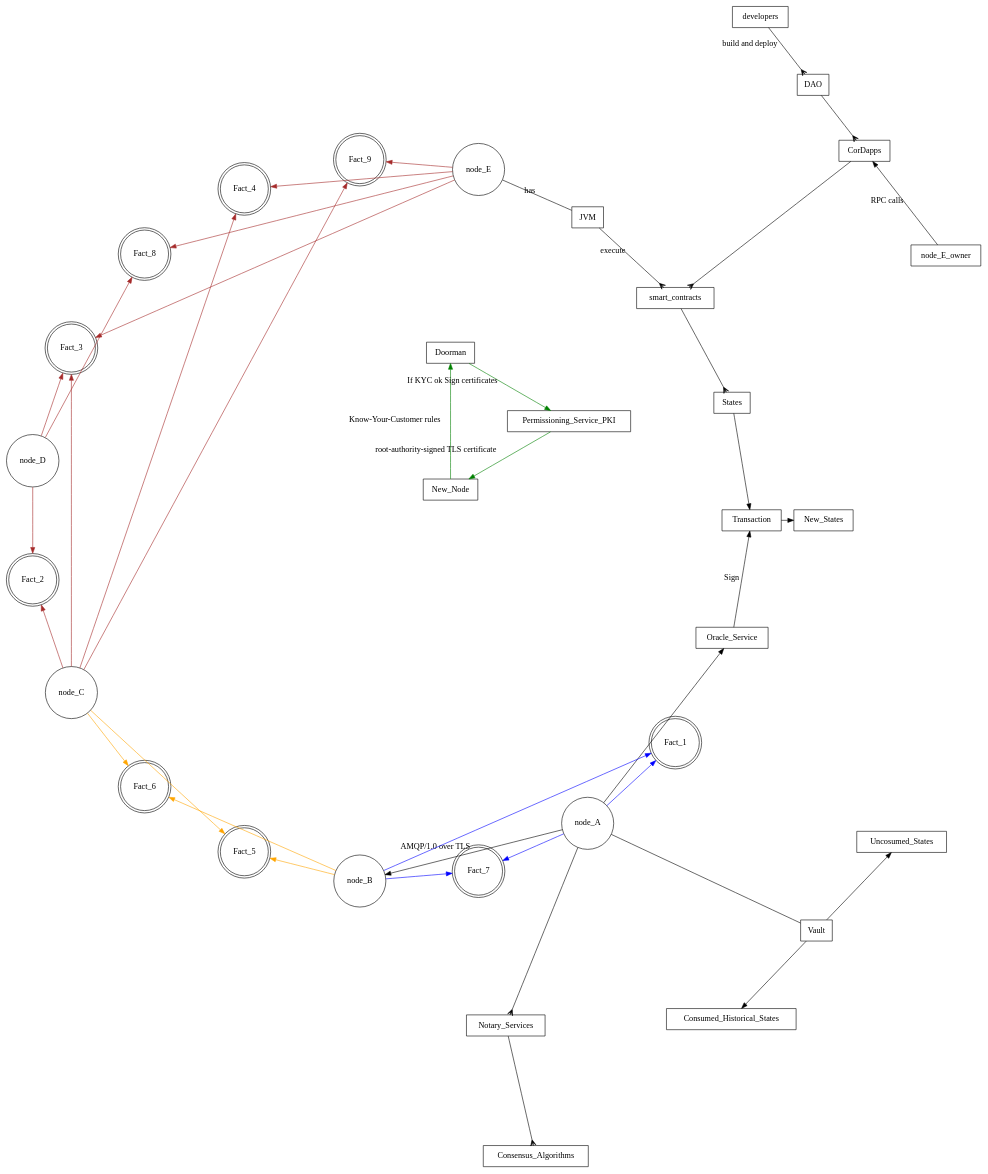
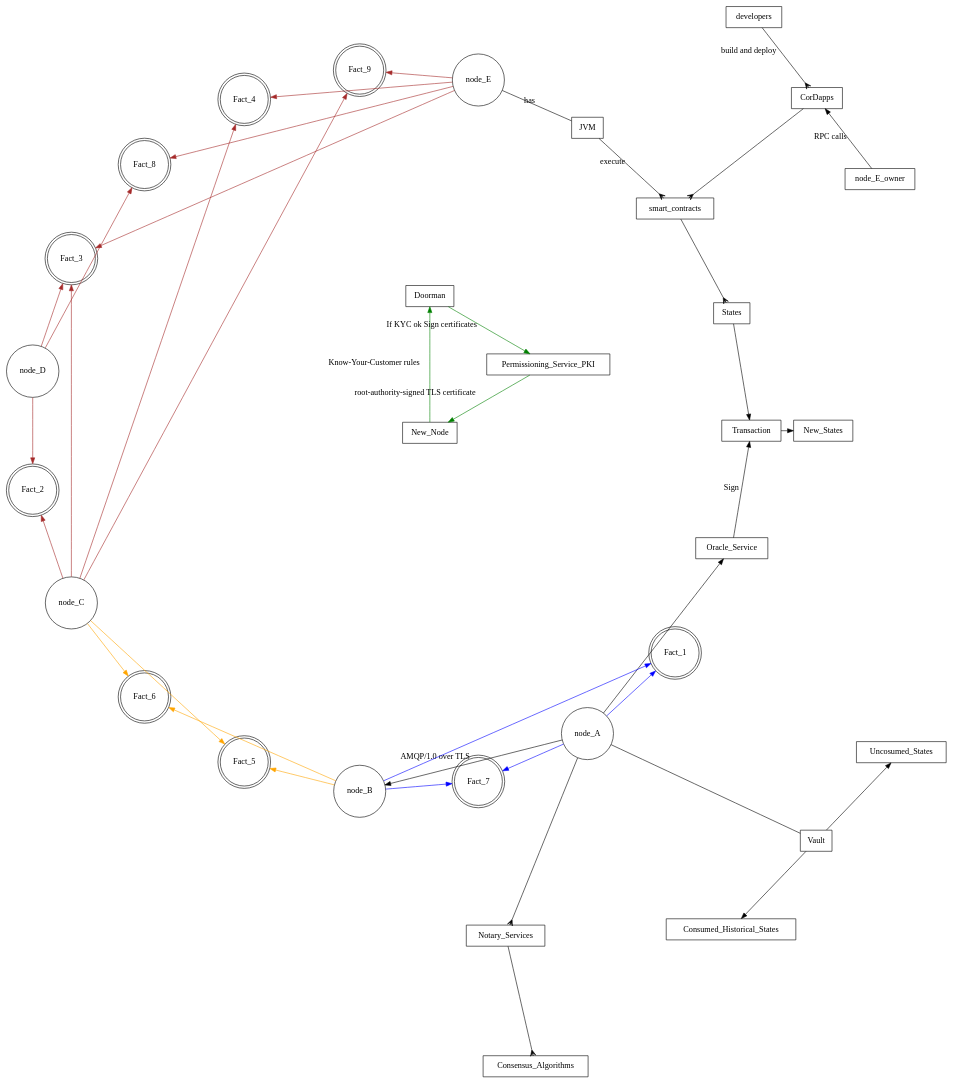
One commit to manilabay/blockchain-graphs changed the diagram in corda-architecture.dot. Above: the diagram before and after it, drawn with Graphviz. The commit also changed 1 other file, not shown here.

Commit message:
remove DAOs item, because DAO is essentially a DApp

```diff
--- a/corda-architecture.dot
+++ b/corda-architecture.dot
@@ -1,79 +1,78 @@
 digraph corda {
 
   layout="circo";
   node [shape=circle];
 
   rankdir=LR;
   subgraph facts_by_node {
     node [shape = circle];
     Fact_1 [shape = doublecircle];
     Fact_2 [shape = doublecircle];
     Fact_3 [shape = doublecircle];
     Fact_4 [shape = doublecircle];
     Fact_5 [shape = doublecircle];
     Fact_6 [shape = doublecircle];
     Fact_7 [shape = doublecircle];
     Fact_8 [shape = doublecircle];
     Fact_9 [shape = doublecircle];
 
     node_A -> node_B [label="AMQP/1.0 over TLS" ];
 
     node_A -> Fact_1 [color="blue"];
     node_A -> Fact_7 [color="blue"];
     node_B -> Fact_1 [color="blue"];
     node_B -> Fact_7 [color="blue"];
     node_B -> Fact_5 [color="orange"];
     node_B -> Fact_6 [color="orange"];
 
     node_C -> Fact_5 [color="orange"];
     node_C -> Fact_6 [color="orange"];
     node_C -> Fact_2 [color="brown"];
     node_C -> Fact_9 [color="brown"];
     node_C -> Fact_4 [color="brown"];
     node_C -> Fact_3 [color="brown"];
     node_D -> Fact_2 [color="brown"];
     node_D -> Fact_3 [color="brown"];
     node_D -> Fact_8 [color="brown"];
     node_E -> Fact_3 [color="brown"];
     node_E -> Fact_4 [color="brown"];
     node_E -> Fact_8 [color="brown"];
     node_E -> Fact_9 [color="brown"];
 
   }
 
   rankdir=LR;
   subgraph components_by_node {
     node [shape = box];
 
     node_E -> JVM [label="has" arrowhead="none"];
     node_E_owner -> CorDapps [label="RPC calls"];
     JVM -> smart_contracts [arrowhead="crow" label="execute"];
     node_A -> Notary_Services [arrowhead="crow"];
 
     node_A -> Oracle_Service;
     node_A -> Vault [arrowhead="none"];
     Vault -> Consumed_Historical_States;
     Vault -> Uncosumed_States;
 
 
     Notary_Services -> Consensus_Algorithms [arrowhead="crow"];
     Oracle_Service -> Transaction [label="Sign"];
 
     #Abstract objects
 
-    developers -> DAO [label="build and deploy" arrowhead="crow"];
-    DAO -> CorDapps [arrowhead="crow"];
+    developers -> CorDapps [label="build and deploy" arrowhead="crow"];
 
     CorDapps -> smart_contracts [arrowhead="crow"];
 
     smart_contracts -> States [arrowhead="crow"];
     States -> Transaction;
     Transaction -> New_States;
 
     New_Node -> Doorman [label="Know-Your-Customer rules" color="green"];
     Doorman -> Permissioning_Service_PKI [label="If KYC ok Sign certificates" color="green"];
     Permissioning_Service_PKI -> New_Node [label="root-authority-signed TLS certificate" color="green"];
 
   }
 
 }
```
